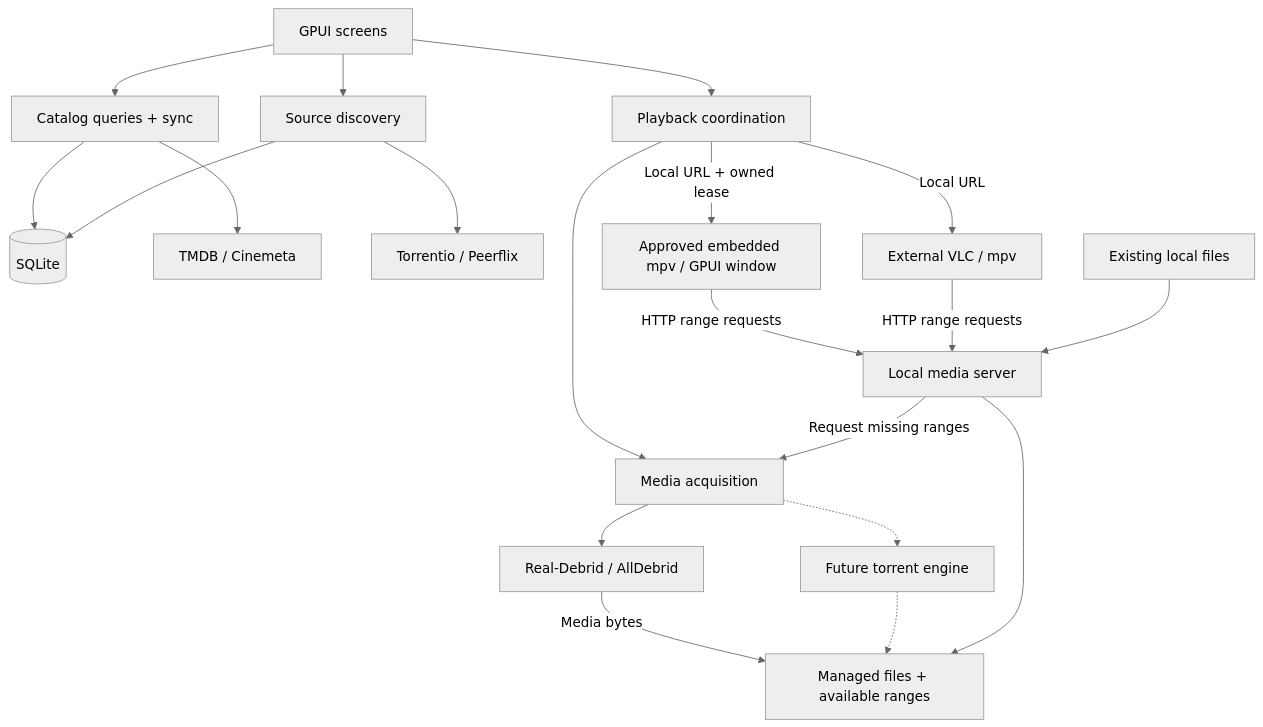
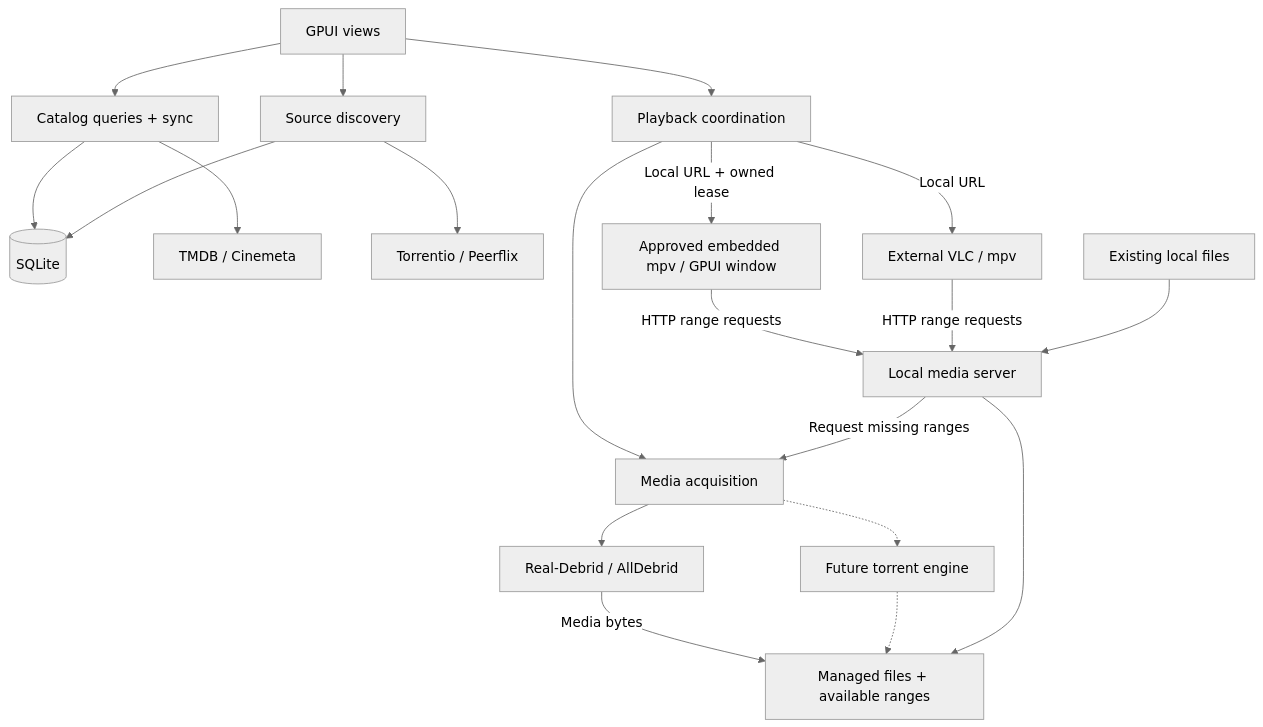
One commit to ThilinaTLM/kinema changed the second of 2 diagrams in docs/architecture.md. Above: the diagram before and after it, drawn with Mermaid (neutral theme). The commit also changed other lines of this file and 233 other files, not shown here.

````diff
--- a/docs/architecture.md
+++ b/docs/architecture.md
@@ -310,22 +340,22 @@
 ```mermaid
 flowchart TB
-    UI["GPUI screens"] --> Catalog["Catalog queries + sync"]
+    UI["GPUI views"] --> Catalog["Catalog queries + sync"]
     Catalog --> DB[("SQLite")]
     Catalog --> Metadata["TMDB / Cinemeta"]
     UI --> Sources["Source discovery"]
     Sources --> DB
     Sources --> Indexers["Torrentio / Peerflix"]
     UI --> Playback["Playback coordination"]
     Playback --> Acquire["Media acquisition"]
     Acquire --> Debrid["Real-Debrid / AllDebrid"]
     Debrid -->|"Media bytes"| Storage["Managed files + available ranges"]
     Acquire -.-> Torrent["Future torrent engine"]
     Torrent -.-> Storage
     Playback -->|"Local URL + owned lease"| Embedded["Approved embedded mpv / GPUI window"]
     Playback -->|"Local URL"| Player["External VLC / mpv"]
     Embedded -->|"HTTP range requests"| Server["Local media server"]
     Player -->|"HTTP range requests"| Server
     Server --> Storage
     Server -->|"Request missing ranges"| Acquire
     Local["Existing local files"] --> Server
 ```
````
